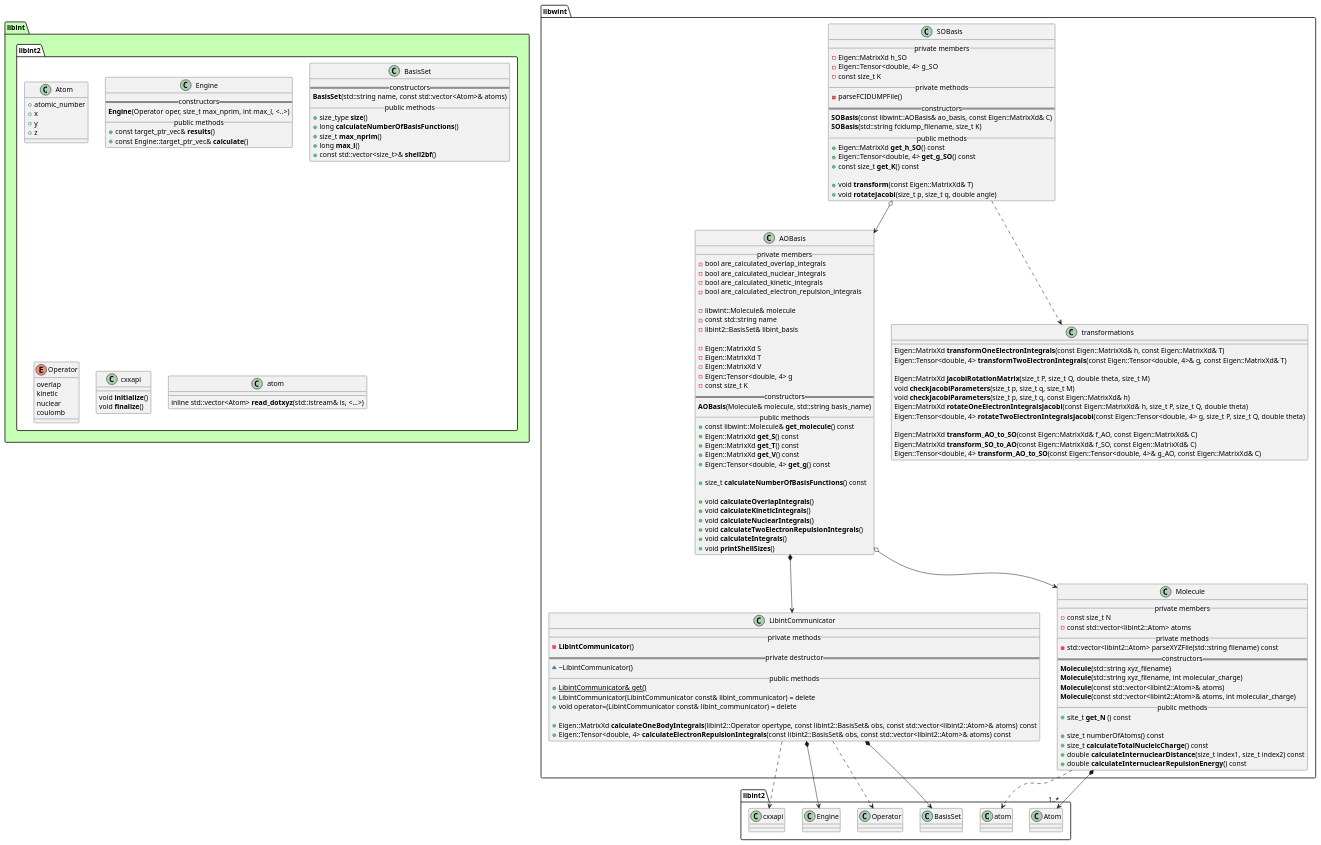
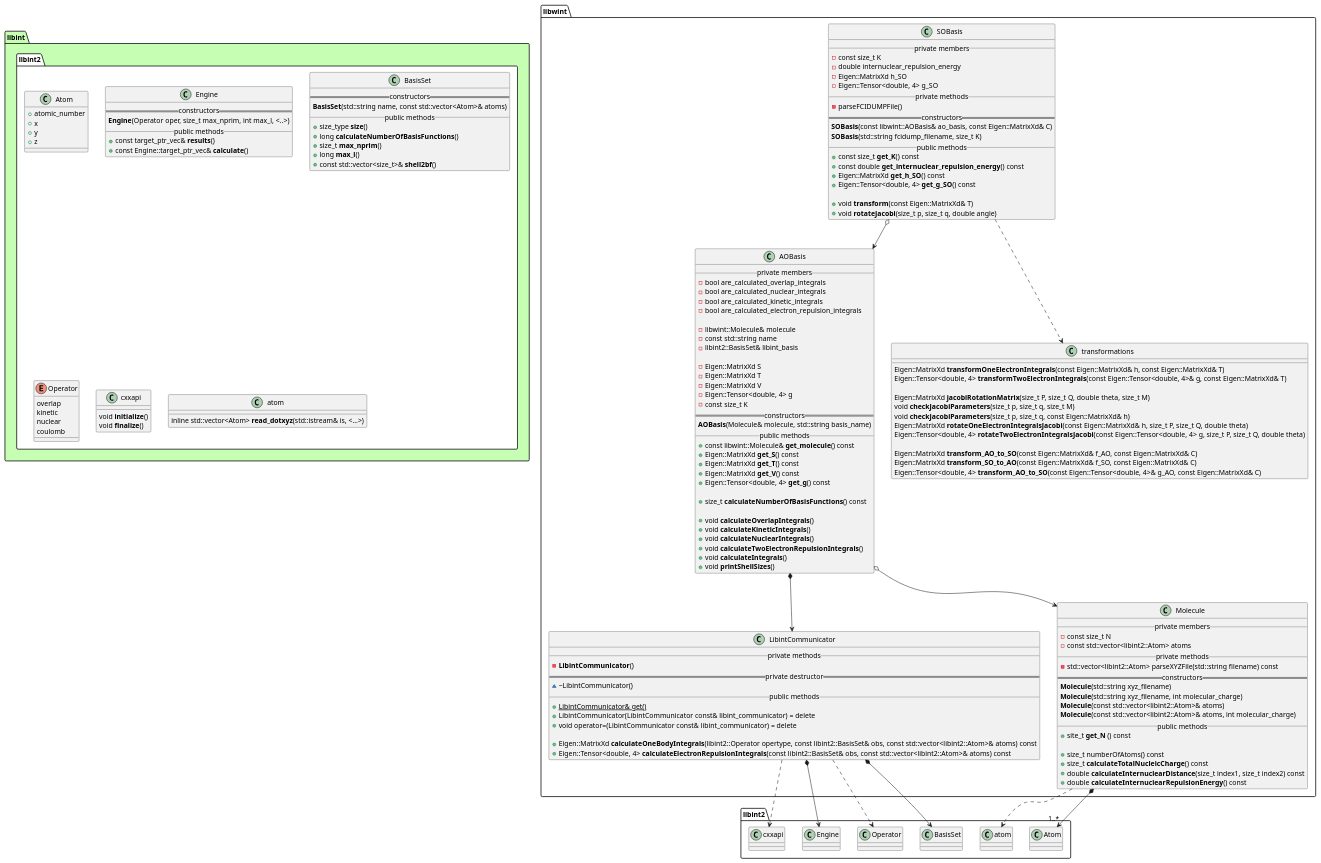
Before and after one commit to tmhuysen/libwint: the diagram in docs/libwint.puml, drawn with PlantUML. The commit also changed 2 other files, not shown here.

Commit message:
Add internuclear repulsion energy to SOBasis.

```diff
--- a/docs/libwint.puml
+++ b/docs/libwint.puml
@@ -1,183 +1,185 @@
 @startuml
 
 
 
 package libint #c6ffb3 {
     namespace libint2 #ffffff {
         class Atom {
             + atomic_number
             + x
             + y
             + z
         }
 
         class Engine {
             == constructors ==
                 **Engine**(Operator oper, size_t max_nprim, int max_l, <..>)
             __ public methods __
                 + const target_ptr_vec& **results**()
                 + const Engine::target_ptr_vec& **calculate**()
         }
 
         class BasisSet {
             == constructors ==
                 **BasisSet**(std::string name, const std::vector<Atom>& atoms)
             __ public methods __
                 + size_type **size**()
                 + long **calculateNumberOfBasisFunctions**()
                 + size_t **max_nprim**()
                 + long **max_l**()
                 + const std::vector<size_t>& **shell2bf**()
         }
 
         enum Operator {
             overlap
             kinetic
             nuclear
             coulomb
         }
 
         class cxxapi {
                 void **initialize**()
                 void **finalize**()
         }
 
         class atom {
             inline std::vector<Atom> **read_dotxyz**(std::istream& is, <...>)
         }
     }
 }
 
 
 
 
 namespace libwint {
 
     class AOBasis {
         __ private members __
             - bool are_calculated_overlap_integrals
             - bool are_calculated_nuclear_integrals
             - bool are_calculated_kinetic_integrals
             - bool are_calculated_electron_repulsion_integrals
 
             - libwint::Molecule& molecule
             - const std::string name
             - libint2::BasisSet& libint_basis
 
             - Eigen::MatrixXd S
             - Eigen::MatrixXd T
             - Eigen::MatrixXd V
             - Eigen::Tensor<double, 4> g
             - const size_t K
         == constructors ==
             **AOBasis**(Molecule& molecule, std::string basis_name)
         __ public methods __
             + const libwint::Molecule& **get_molecule**() const
             + Eigen::MatrixXd **get_S**() const
             + Eigen::MatrixXd **get_T**() const
             + Eigen::MatrixXd **get_V**() const
             + Eigen::Tensor<double, 4> **get_g**() const
 
             + size_t **calculateNumberOfBasisFunctions**() const
 
             + void **calculateOverlapIntegrals**()
             + void **calculateKineticIntegrals**()
             + void **calculateNuclearIntegrals**()
             + void **calculateTwoElectronRepulsionIntegrals**()
             + void **calculateIntegrals**()
             + void **printShellSizes**()
     }
 
 
     class SOBasis {
         __ private members __
+            - const size_t K
+            - double internuclear_repulsion_energy
             - Eigen::MatrixXd h_SO
             - Eigen::Tensor<double, 4> g_SO
-            - const size_t K
         __ private methods __
             - parseFCIDUMPFile()
         == constructors ==
             **SOBasis**(const libwint::AOBasis& ao_basis, const Eigen::MatrixXd& C)
             **SOBasis**(std::string fcidump_filename, size_t K)
         __ public methods __
+            + const size_t **get_K**() const
+            + const double **get_internuclear_repulsion_energy**() const
             + Eigen::MatrixXd **get_h_SO**() const
             + Eigen::Tensor<double, 4> **get_g_SO**() const
-            + const size_t **get_K**() const
 
             + void **transform**(const Eigen::MatrixXd& T)
             + void **rotateJacobi**(size_t p, size_t q, double angle)
     }
 
 
     class transformations {
             Eigen::MatrixXd **transformOneElectronIntegrals**(const Eigen::MatrixXd& h, const Eigen::MatrixXd& T)
             Eigen::Tensor<double, 4> **transformTwoElectronIntegrals**(const Eigen::Tensor<double, 4>& g, const Eigen::MatrixXd& T)
 
             Eigen::MatrixXd **jacobiRotationMatrix**(size_t P, size_t Q, double theta, size_t M)
             void **checkJacobiParameters**(size_t p, size_t q, size_t M)
             void **checkJacobiParameters**(size_t p, size_t q, const Eigen::MatrixXd& h)
             Eigen::MatrixXd **rotateOneElectronIntegralsJacobi**(const Eigen::MatrixXd& h, size_t P, size_t Q, double theta)
             Eigen::Tensor<double, 4> **rotateTwoElectronIntegralsJacobi**(const Eigen::Tensor<double, 4> g, size_t P, size_t Q, double theta)
 
             Eigen::MatrixXd **transform_AO_to_SO**(const Eigen::MatrixXd& f_AO, const Eigen::MatrixXd& C)
             Eigen::MatrixXd **transform_SO_to_AO**(const Eigen::MatrixXd& f_SO, const Eigen::MatrixXd& C)
             Eigen::Tensor<double, 4> **transform_AO_to_SO**(const Eigen::Tensor<double, 4>& g_AO, const Eigen::MatrixXd& C)
 
     }
 
 
     class LibintCommunicator {
         __ private methods __
             - **LibintCommunicator**()
         == private destructor ==
             ~ ~LibintCommunicator()
         __ public methods __
             + {static} LibintCommunicator& get()
             + LibintCommunicator(LibintCommunicator const& libint_communicator) = delete
             + void operator=(LibintCommunicator const& libint_communicator) = delete
 
             + Eigen::MatrixXd **calculateOneBodyIntegrals**(libint2::Operator opertype, const libint2::BasisSet& obs, const std::vector<libint2::Atom>& atoms) const
             + Eigen::Tensor<double, 4> **calculateElectronRepulsionIntegrals**(const libint2::BasisSet& obs, const std::vector<libint2::Atom>& atoms) const
     }
 
 
     class Molecule {
         __ private members __
             - const size_t N
             - const std::vector<libint2::Atom> atoms
         __ private methods __
             - std::vector<libint2::Atom> parseXYZFile(std::string filename) const
         == constructors ==
             **Molecule**(std::string xyz_filename)
             **Molecule**(std::string xyz_filename, int molecular_charge)
             **Molecule**(const std::vector<libint2::Atom>& atoms)
             **Molecule**(const std::vector<libint2::Atom>& atoms, int molecular_charge)
         __ public methods __
             + site_t **get_N** () const
 
             + size_t numberOfAtoms() const
             + size_t **calculateTotalNucleicCharge**() const
             + double **calculateInternuclearDistance**(size_t index1, size_t index2) const
             + double **calculateInternuclearRepulsionEnergy**() const
     }
 
 }
 
 
 
 libwint.AOBasis o--> libwint.Molecule
 libwint.AOBasis *--> libwint.LibintCommunicator
 
 libwint.LibintCommunicator *--> libint2.BasisSet
 libwint.LibintCommunicator ..> libint2.Operator
 libwint.LibintCommunicator *--> libint2.Engine
 libwint.LibintCommunicator ..> libint2.cxxapi
 
 libwint.Molecule *--> "1..*" libint2.Atom
 libwint.Molecule ..> libint2.atom
 
 libwint.SOBasis ..> libwint.transformations
 libwint.SOBasis o--> libwint.AOBasis
 
 
 @enduml
```
